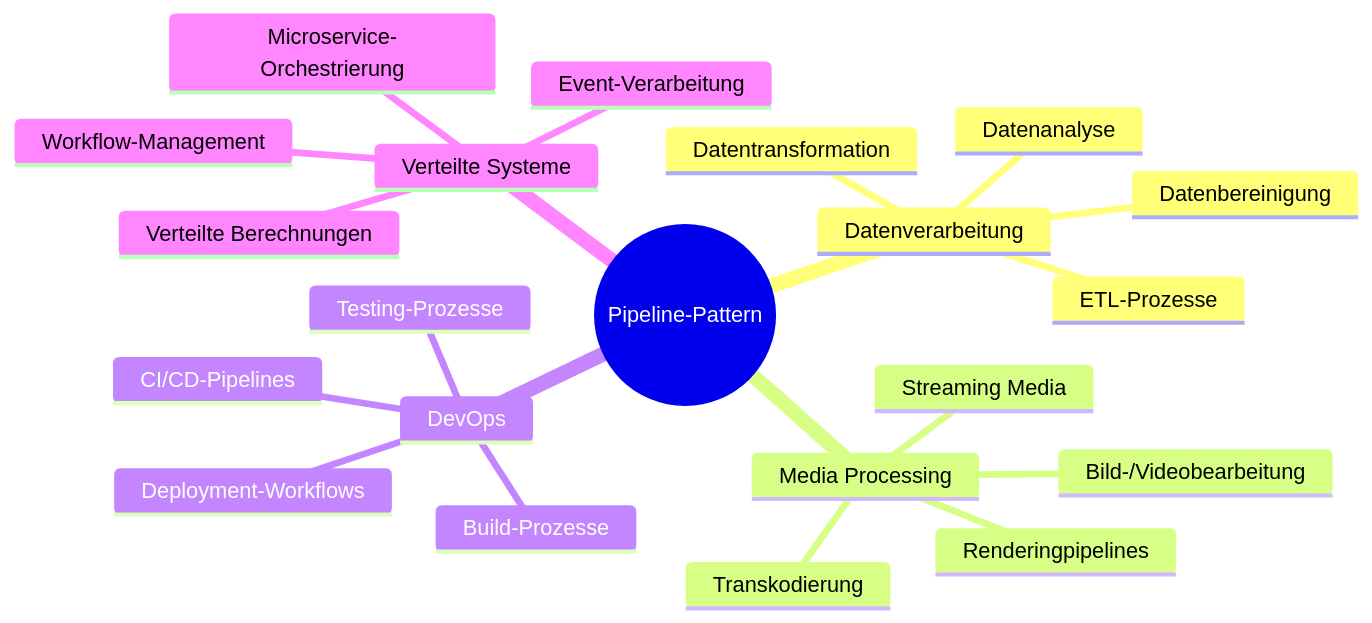
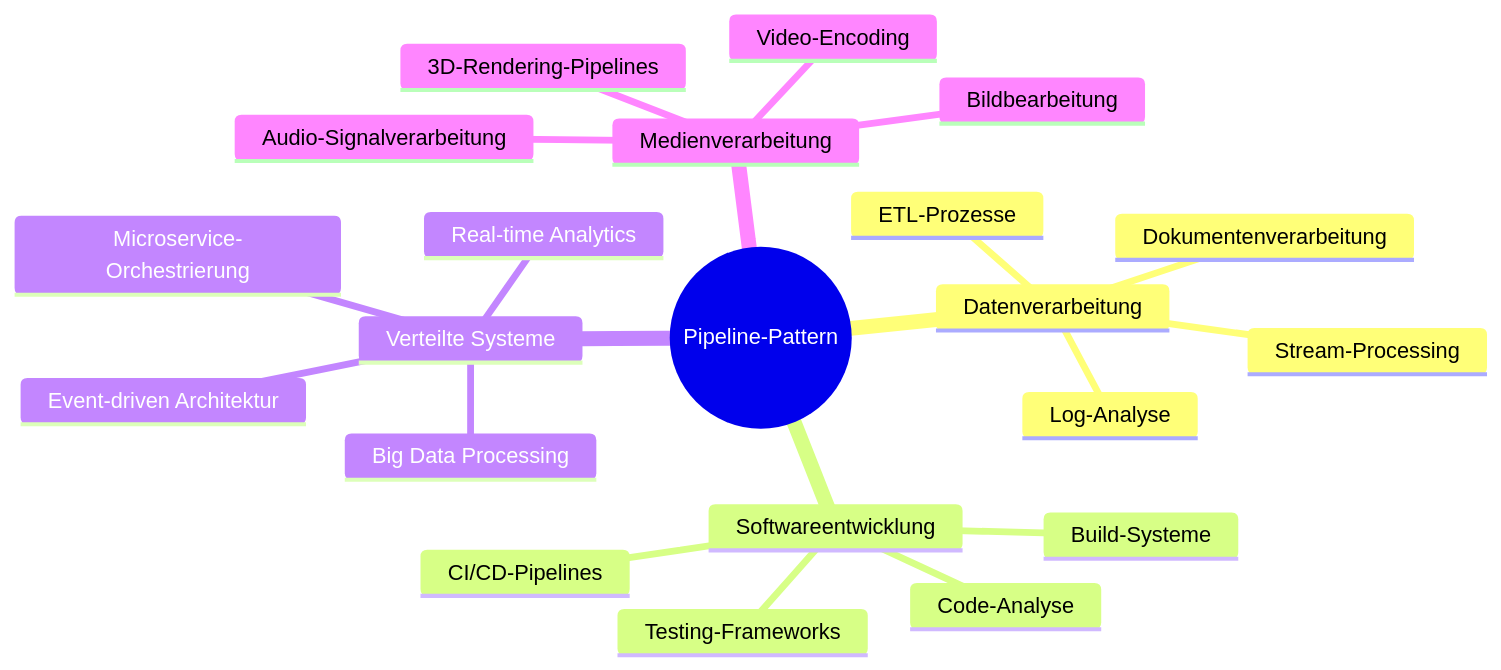
Before and after one commit to scimbe/VS_Pattern_By_KI: the first of 8 diagrams in Pipeline/docs/USE_CASES.md, drawn with Mermaid. The commit also changed other lines of this file and 19 other files, not shown here.

````diff
--- a/Pipeline/docs/USE_CASES.md
+++ b/Pipeline/docs/USE_CASES.md
@@ -7,24 +7,24 @@
 ```mermaid
 mindmap
   root((Pipeline-Pattern))
     Datenverarbeitung
       ETL-Prozesse
-      Datenbereinigung
-      Datenanalyse
-      Datentransformation
-    Media Processing
-      Bild-/Videobearbeitung
-      Streaming Media
-      Renderingpipelines
-      Transkodierung
-    DevOps
+      Log-Analyse
+      Dokumentenverarbeitung
+      Stream-Processing
+    Softwareentwicklung
       CI/CD-Pipelines
-      Build-Prozesse
-      Deployment-Workflows
-      Testing-Prozesse
+      Build-Systeme
+      Code-Analyse
+      Testing-Frameworks
     Verteilte Systeme
       Microservice-Orchestrierung
-      Verteilte Berechnungen
-      Workflow-Management
-      Event-Verarbeitung
+      Event-driven Architektur
+      Real-time Analytics
+      Big Data Processing
+    Medienverarbeitung
+      Bildbearbeitung
+      Video-Encoding
+      Audio-Signalverarbeitung
+      3D-Rendering-Pipelines
 ```
````
